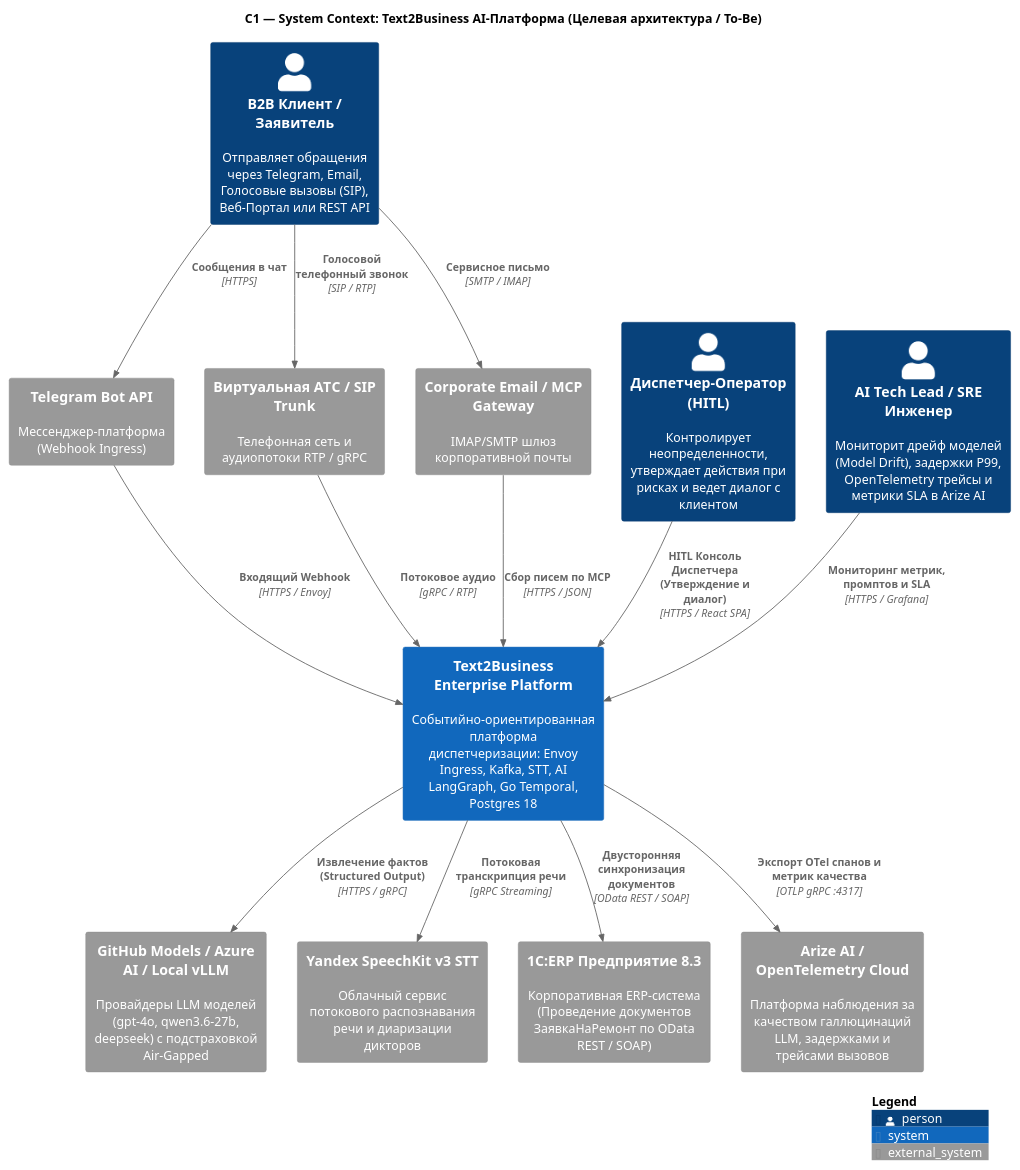
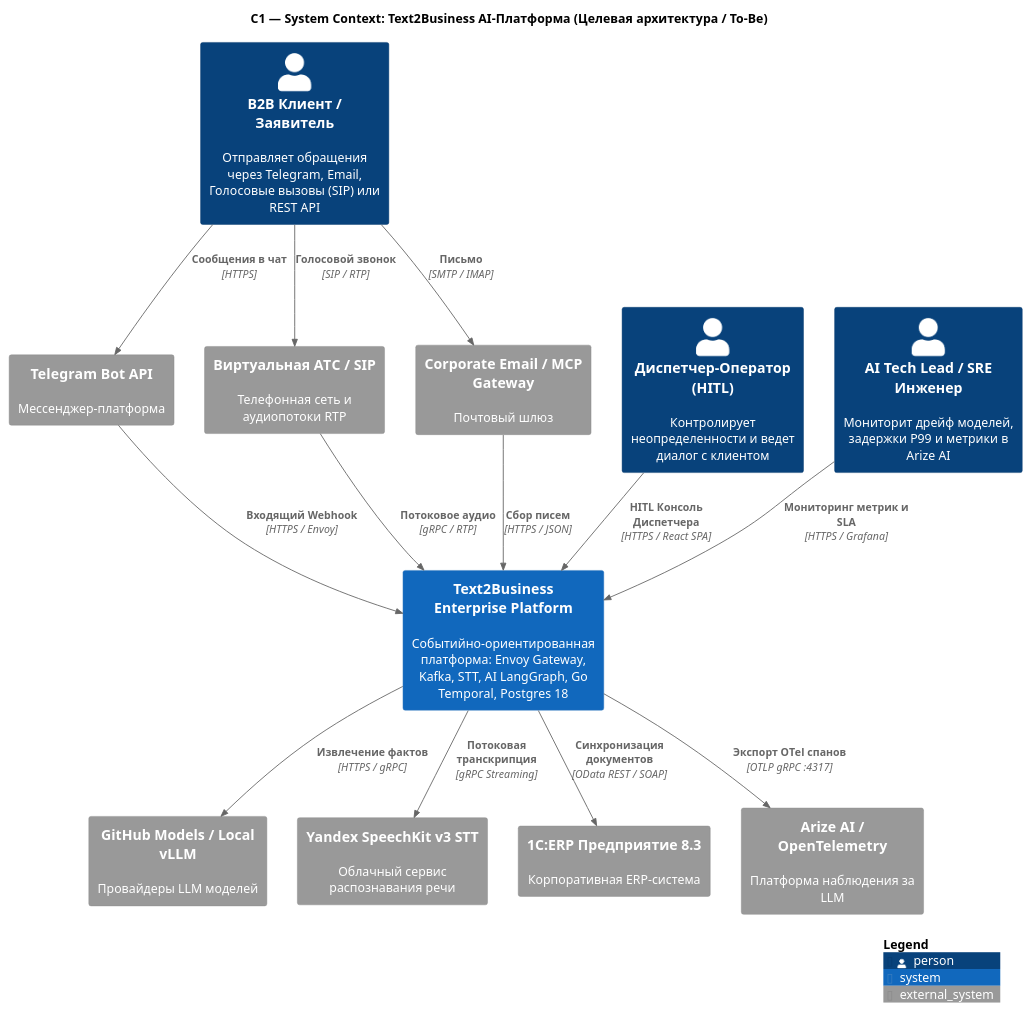
The diagram in architecture/target_to_be/diagrams/c1_context_target.puml (ParallelNoMinded/Text2Business), drawn with PlantUML before and after one commit. The commit also changed 17 other files, not shown here.

```diff
--- a/architecture/target_to_be/diagrams/c1_context_target.puml
+++ b/architecture/target_to_be/diagrams/c1_context_target.puml
@@ -1,39 +1,39 @@
 @startuml c1_context_target
-!include <C4/C4_Context>
+!include <C4/C4_Context.puml>
 LAYOUT_TOP_DOWN()
 
 title C1 — System Context: Text2Business AI-Платформа (Целевая архитектура / To-Be)
 
-Person(client, "B2B Клиент / Заявитель", "Отправляет обращения через Telegram, Email, Голосовые вызовы (SIP), Веб-Портал или REST API")
-Person(operator, "Диспетчер-Оператор (HITL)", "Контролирует неопределенности, утверждает действия при рисках и ведет диалог с клиентом")
-Person(tech_lead, "AI Tech Lead / SRE Инженер", "Мониторит дрейф моделей (Model Drift), задержки P99, OpenTelemetry трейсы и метрики SLA в Arize AI")
+Person(client, "B2B Клиент / Заявитель", "Отправляет обращения через Telegram, Email, Голосовые вызовы (SIP) или REST API")
+Person(operator, "Диспетчер-Оператор (HITL)", "Контролирует неопределенности и ведет диалог с клиентом")
+Person(tech_lead, "AI Tech Lead / SRE Инженер", "Мониторит дрейф моделей, задержки P99 и метрики в Arize AI")
 
-System(target_platform, "Text2Business Enterprise Platform", "Событийно-ориентированная платформа диспетчеризации: Envoy Ingress, Kafka, STT, AI LangGraph, Go Temporal, Postgres 18")
+System(target_platform, "Text2Business Enterprise Platform", "Событийно-ориентированная платформа: Envoy Gateway, Kafka, STT, AI LangGraph, Go Temporal, Postgres 18")
 
-System_Ext(telegram_cloud, "Telegram Bot API", "Мессенджер-платформа (Webhook Ingress)")
-System_Ext(sip_pbx, "Виртуальная АТС / SIP Trunk", "Телефонная сеть и аудиопотоки RTP / gRPC")
-System_Ext(email_mcp, "Corporate Email / MCP Gateway", "IMAP/SMTP шлюз корпоративной почты")
+System_Ext(telegram_cloud, "Telegram Bot API", "Мессенджер-платформа")
+System_Ext(sip_pbx, "Виртуальная АТС / SIP", "Телефонная сеть и аудиопотоки RTP")
+System_Ext(email_mcp, "Corporate Email / MCP Gateway", "Почтовый шлюз")
 
-System_Ext(ai_inference, "GitHub Models / Azure AI / Local vLLM", "Провайдеры LLM моделей (gpt-4o, qwen3.6-27b, deepseek) с подстраховкой Air-Gapped")
-System_Ext(yandex_stt, "Yandex SpeechKit v3 STT", "Облачный сервис потокового распознавания речи и диаризации дикторов")
-System_Ext(erp_1c, "1С:ERP Предприятие 8.3", "Корпоративная ERP-система (Проведение документов ЗаявкаНаРемонт по OData REST / SOAP)")
-System_Ext(arize_ai, "Arize AI / OpenTelemetry Cloud", "Платформа наблюдения за качеством галлюцинаций LLM, задержками и трейсами вызовов")
+System_Ext(ai_inference, "GitHub Models / Local vLLM", "Провайдеры LLM моделей")
+System_Ext(yandex_stt, "Yandex SpeechKit v3 STT", "Облачный сервис распознавания речи")
+System_Ext(erp_1c, "1С:ERP Предприятие 8.3", "Корпоративная ERP-система")
+System_Ext(arize_ai, "Arize AI / OpenTelemetry", "Платформа наблюдения за LLM")
 
 Rel(client, telegram_cloud, "Сообщения в чат", "HTTPS")
-Rel(client, sip_pbx, "Голосовой телефонный звонок", "SIP / RTP")
-Rel(client, email_mcp, "Сервисное письмо", "SMTP / IMAP")
+Rel(client, sip_pbx, "Голосовой звонок", "SIP / RTP")
+Rel(client, email_mcp, "Письмо", "SMTP / IMAP")
 
 Rel(telegram_cloud, target_platform, "Входящий Webhook", "HTTPS / Envoy")
 Rel(sip_pbx, target_platform, "Потоковое аудио", "gRPC / RTP")
-Rel(email_mcp, target_platform, "Сбор писем по MCP", "HTTPS / JSON")
+Rel(email_mcp, target_platform, "Сбор писем", "HTTPS / JSON")
 
-Rel(operator, target_platform, "HITL Консоль Диспетчера (Утверждение и диалог)", "HTTPS / React SPA")
-Rel(tech_lead, target_platform, "Мониторинг метрик, промптов и SLA", "HTTPS / Grafana")
+Rel(operator, target_platform, "HITL Консоль Диспетчера", "HTTPS / React SPA")
+Rel(tech_lead, target_platform, "Мониторинг метрик и SLA", "HTTPS / Grafana")
 
-Rel(target_platform, ai_inference, "Извлечение фактов (Structured Output)", "HTTPS / gRPC")
-Rel(target_platform, yandex_stt, "Потоковая транскрипция речи", "gRPC Streaming")
-Rel(target_platform, erp_1c, "Двусторонняя синхронизация документов", "OData REST / SOAP")
-Rel(target_platform, arize_ai, "Экспорт OTel спанов и метрик качества", "OTLP gRPC :4317")
+Rel(target_platform, ai_inference, "Извлечение фактов", "HTTPS / gRPC")
+Rel(target_platform, yandex_stt, "Потоковая транскрипция", "gRPC Streaming")
+Rel(target_platform, erp_1c, "Синхронизация документов", "OData REST / SOAP")
+Rel(target_platform, arize_ai, "Экспорт OTel спанов", "OTLP gRPC :4317")
 
 SHOW_LEGEND()
 @enduml
```
